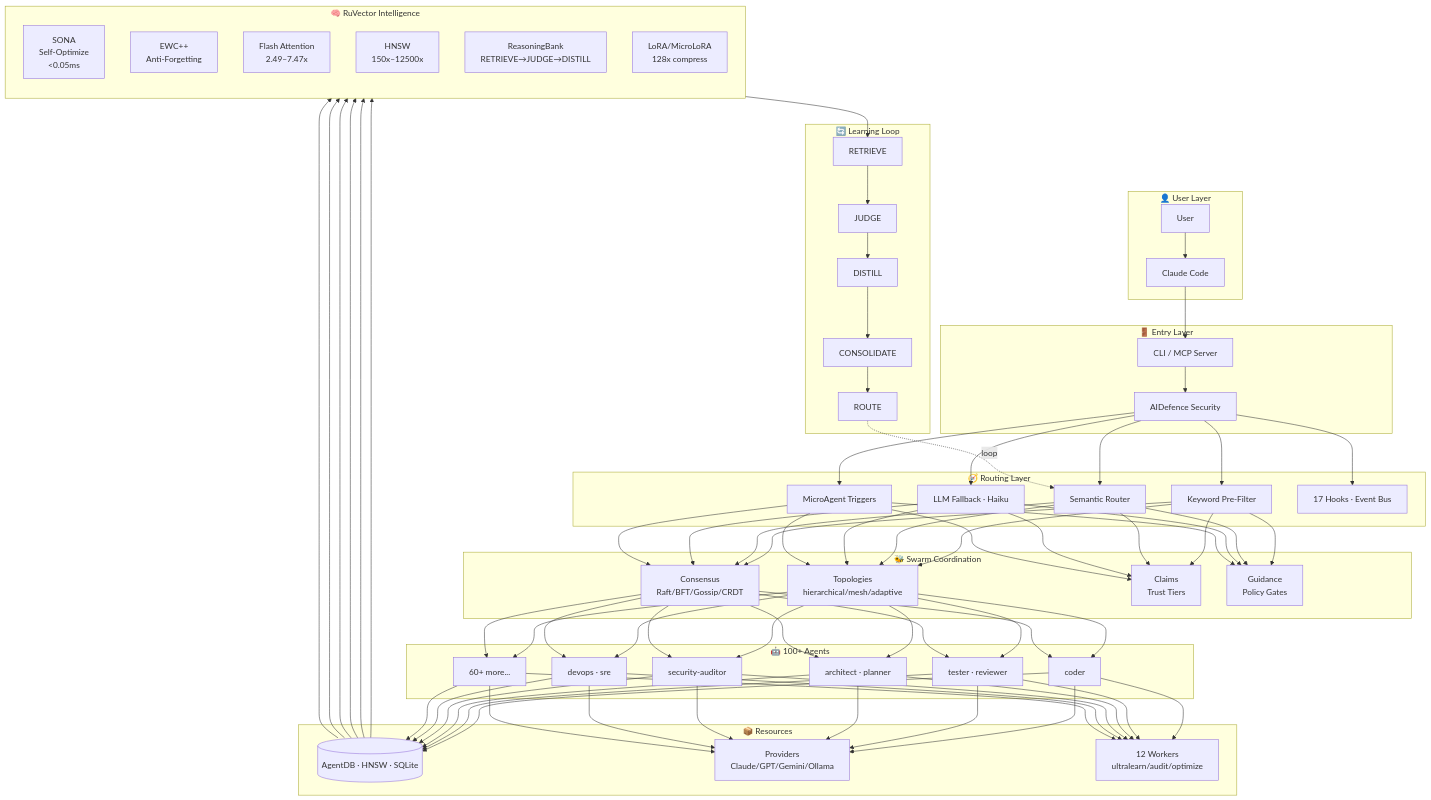
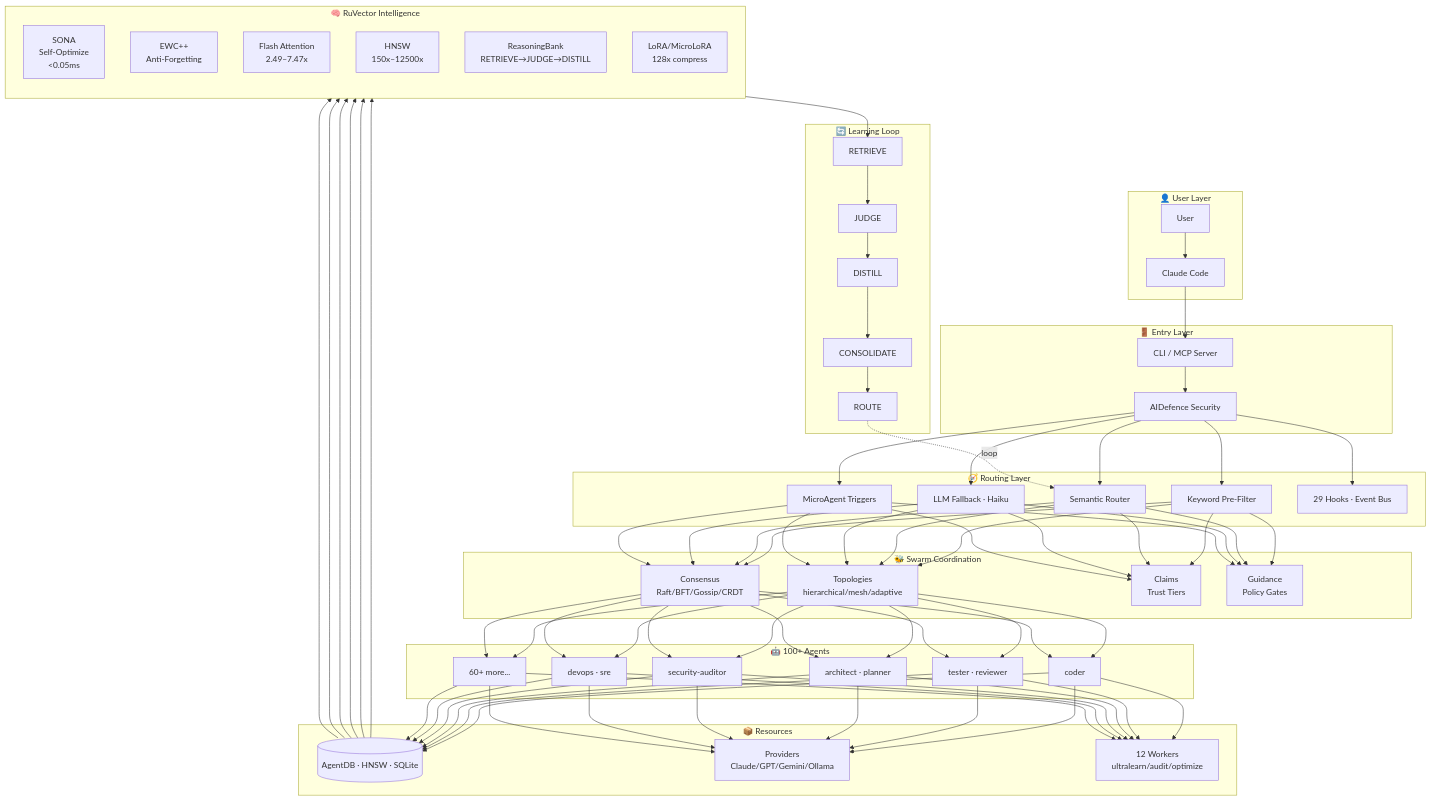
One commit to monoes/monomind changed the diagram in README.md. Above: the diagram before and after it, drawn with Mermaid. The commit also changed other lines of this file and 63 other files, not shown here.

````diff
--- a/README.md
+++ b/README.md
@@ -31,65 +31,65 @@
 ```mermaid
 flowchart TB
     subgraph USER["👤 User Layer"]
         U[User]
         CC[Claude Code]
     end
 
     subgraph ENTRY["🚪 Entry Layer"]
         CLI[CLI / MCP Server]
         AID[AIDefence Security]
     end
 
     subgraph ROUTING["🧭 Routing Layer"]
         KW[Keyword Pre-Filter]
         SEM[Semantic Router]
         LLM_FB[LLM Fallback · Haiku]
         TRIG[MicroAgent Triggers]
-        HK[17 Hooks · Event Bus]
+        HK[29 Hooks · Event Bus]
     end
 
     subgraph SWARM["🐝 Swarm Coordination"]
         TOPO[Topologies<br/>hierarchical/mesh/adaptive]
         CONS[Consensus<br/>Raft/BFT/Gossip/CRDT]
         CLM[Claims<br/>Trust Tiers]
         GOV[Guidance<br/>Policy Gates]
     end
 
     subgraph AGENTS["🤖 100+ Agents"]
         AG1[coder]
         AG2[tester · reviewer]
         AG3[architect · planner]
         AG4[security-auditor]
         AG5[devops · sre]
         AG6[60+ more...]
     end
 
     subgraph RESOURCES["📦 Resources"]
         MEM[(AgentDB · HNSW · SQLite)]
         PROV[Providers<br/>Claude/GPT/Gemini/Ollama]
         WORK[12 Workers<br/>ultralearn/audit/optimize]
     end
 
     subgraph RUVECTOR["🧠 RuVector Intelligence"]
         direction TB
         SONA[SONA<br/>Self-Optimize<br/>&lt;0.05ms]
         EWC[EWC++<br/>Anti-Forgetting]
         FLASH[Flash Attention<br/>2.49–7.47x]
         HNSW_I[HNSW<br/>150x–12500x]
         RB[ReasoningBank<br/>RETRIEVE→JUDGE→DISTILL]
         LORA[LoRA/MicroLoRA<br/>128x compress]
     end
 
     subgraph LEARNING["🔄 Learning Loop"]
         L1[RETRIEVE] --> L2[JUDGE] --> L3[DISTILL] --> L4[CONSOLIDATE] --> L5[ROUTE]
     end
 
     U --> CC --> CLI --> AID
     AID --> KW & SEM & LLM_FB & TRIG & HK
     KW & SEM & LLM_FB & TRIG --> TOPO & CONS & CLM & GOV
     TOPO & CONS --> AG1 & AG2 & AG3 & AG4 & AG5 & AG6
     AG1 & AG2 & AG3 & AG4 & AG5 & AG6 --> MEM & PROV & WORK
     MEM --> SONA & EWC & FLASH & HNSW_I & RB & LORA
     LORA --> L1
     L5 -.->|loop| SEM
 ```
````
